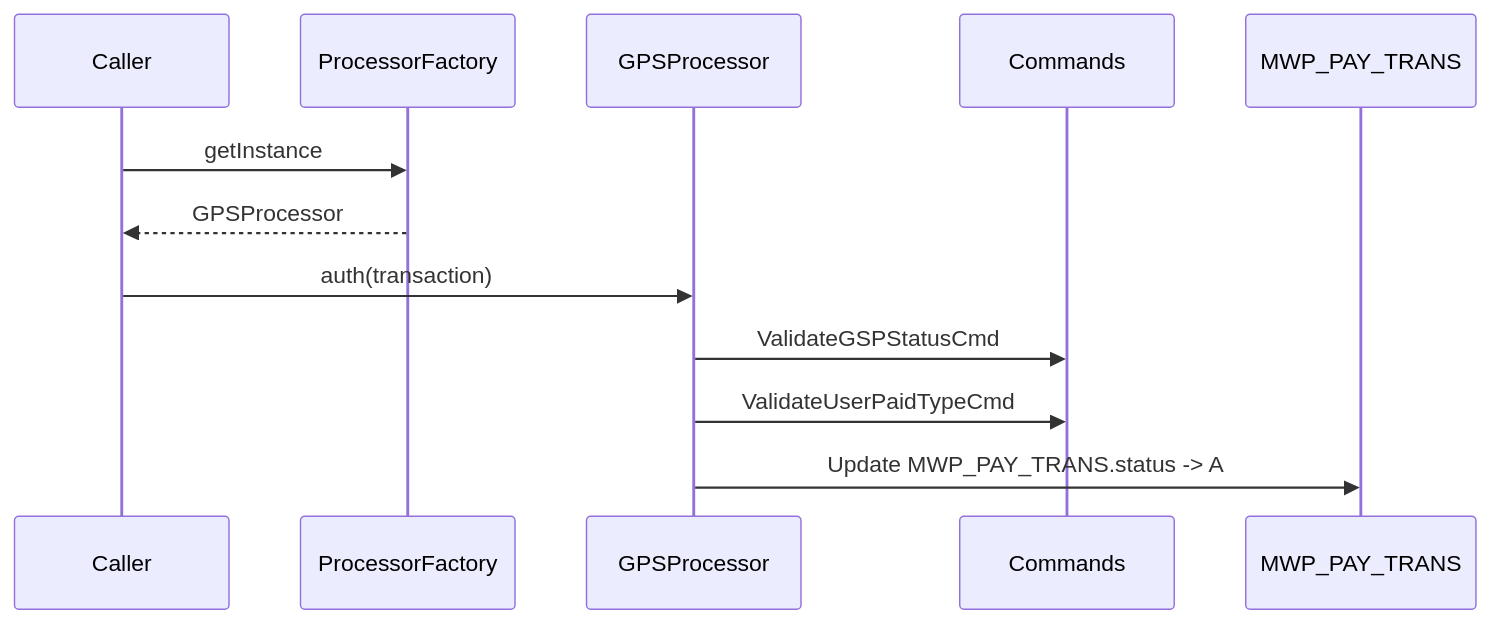
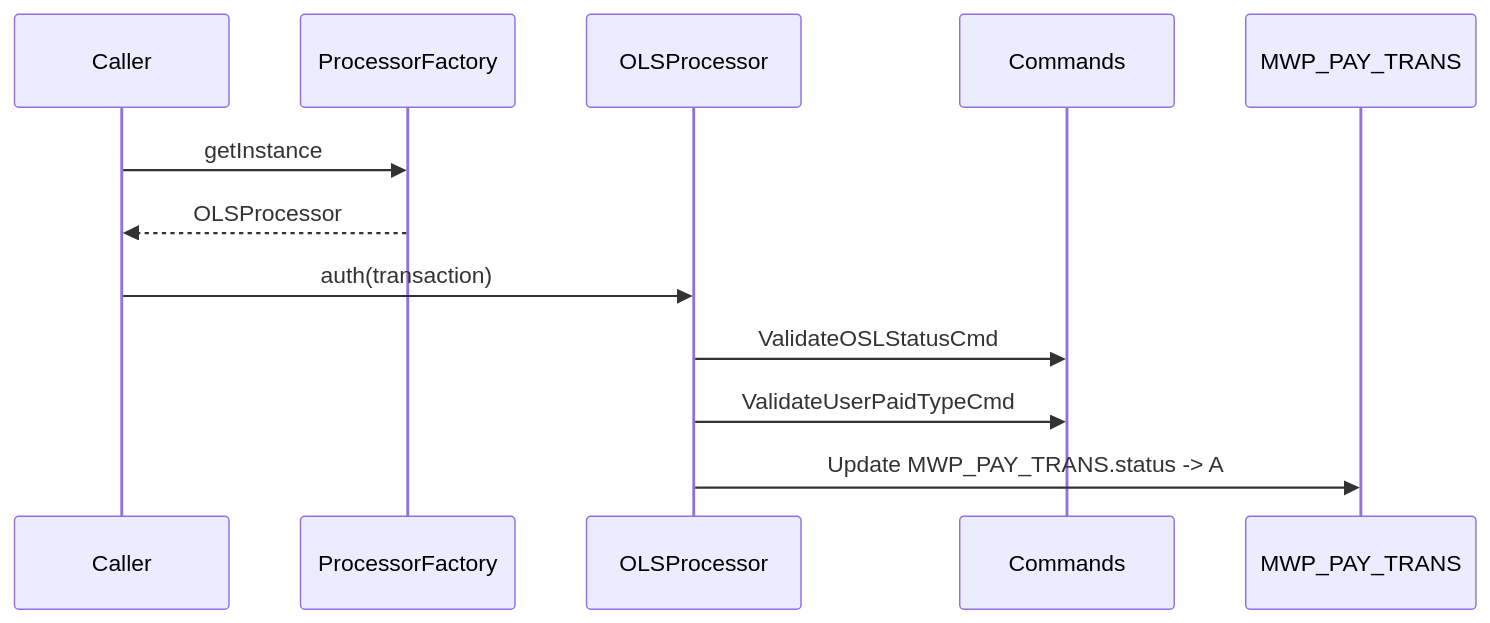
One commit to ChunPingWang/ai-workshop changed the fifth of 10 diagrams in new-pay_OnlineStore_SD.md. Above: the diagram before and after it, drawn with Mermaid. The commit also changed other lines of this file and 28 other files, not shown here.

````diff
--- a/new-pay_OnlineStore_SD.md
+++ b/new-pay_OnlineStore_SD.md
@@ -274,14 +274,14 @@
 ```mermaid
 sequenceDiagram
     participant CL as Caller
     participant PF as ProcessorFactory
-    participant GP as GPSProcessor
+    participant GP as OLSProcessor
     participant CMD as Commands
     participant DB as MWP_PAY_TRANS
     CL->>PF: getInstance
-    PF-->>CL: GPSProcessor
+    PF-->>CL: OLSProcessor
     CL->>GP: auth(transaction)
-    GP->>CMD: ValidateGSPStatusCmd
+    GP->>CMD: ValidateOSLStatusCmd
     GP->>CMD: ValidateUserPaidTypeCmd
     GP->>DB: Update MWP_PAY_TRANS.status -> A
 ```
````
